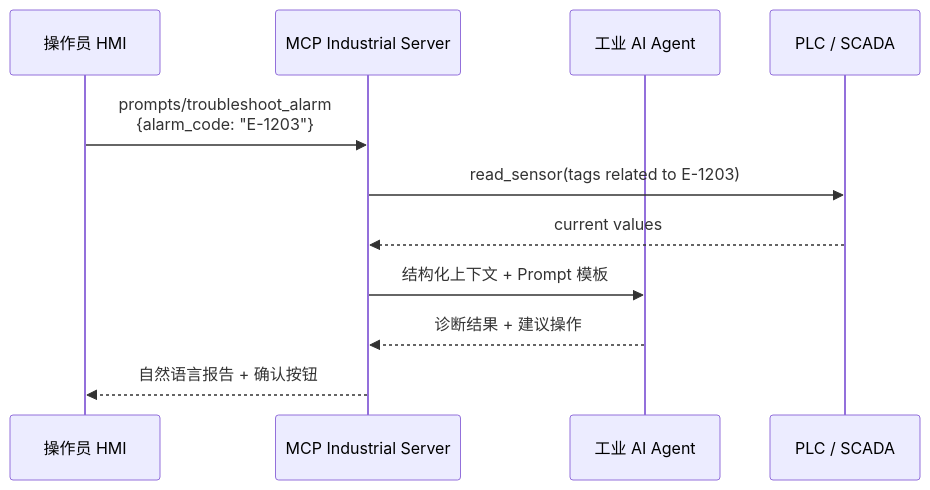
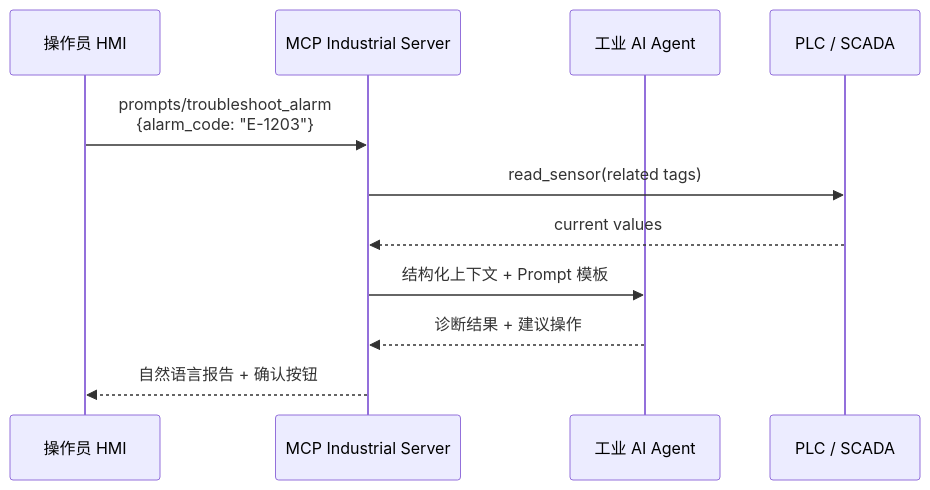
Before and after one commit to AdaMartin18010/Architecture: the second of 3 diagrams in struct/11-industrial-iot-otit/07-edge-ai/mcp-industrial-ai-draft.md, drawn with Mermaid. The commit also changed other lines of this file and 5 other files, not shown here.

````diff
--- a/struct/11-industrial-iot-otit/07-edge-ai/mcp-industrial-ai-draft.md
+++ b/struct/11-industrial-iot-otit/07-edge-ai/mcp-industrial-ai-draft.md
@@ -138,14 +110,14 @@
 ```mermaid
 sequenceDiagram
     participant HMI as 操作员 HMI
     participant MCP as MCP Industrial Server
     participant AI as 工业 AI Agent
     participant OT as PLC / SCADA
 
     HMI->>MCP: prompts/troubleshoot_alarm<br/>{alarm_code: "E-1203"}
-    MCP->>OT: read_sensor(tags related to E-1203)
+    MCP->>OT: read_sensor(related tags)
     OT-->>MCP: current values
     MCP->>AI: 结构化上下文 + Prompt 模板
     AI-->>MCP: 诊断结果 + 建议操作
     MCP-->>HMI: 自然语言报告 + 确认按钮
 ```
````
